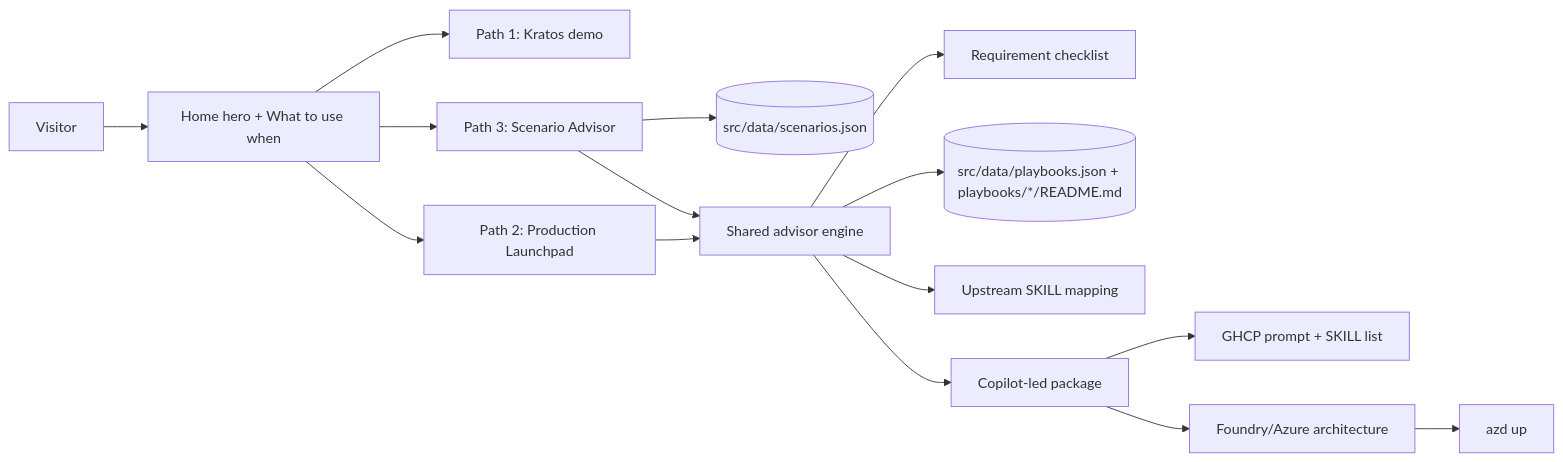
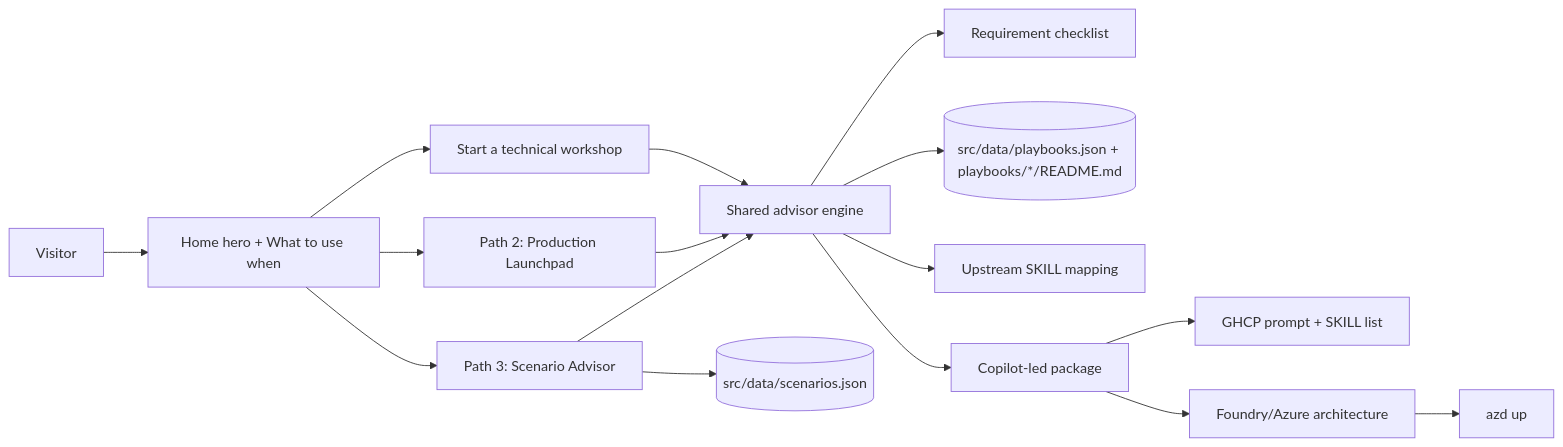
The diagram in docs/spec.md (aiappsgbb/agentic-loop), drawn with Mermaid before and after one commit. The commit also changed other lines of this file and 25 other files, not shown here.

````diff
--- a/docs/spec.md
+++ b/docs/spec.md
@@ -243,17 +235,18 @@
 ```mermaid
 flowchart LR
   User[Visitor] --> Home[Home hero + What to use when]
-  Home --> Kratos[Path 1: Kratos demo]
+  Home --> Workshop[Start a technical workshop]
+  Workshop --> Advisor
   Home --> Idea[Path 2: Production Launchpad]
   Home --> Scenarios[Path 3: Scenario Advisor]
   Scenarios --> ScenarioData[(src/data/scenarios.json)]
   Idea --> Advisor[Shared advisor engine]
   Scenarios --> Advisor
   Advisor --> Requirements[Requirement checklist]
   Advisor --> Playbooks[(src/data/playbooks.json + playbooks/*/README.md)]
   Advisor --> SkillMap[Upstream SKILL mapping]
   Advisor --> Package[Copilot-led package]
   Package --> Copilot[GHCP prompt + SKILL list]
   Package --> Run[Foundry/Azure architecture]
   Run --> Azd[azd up]
 ```
````
